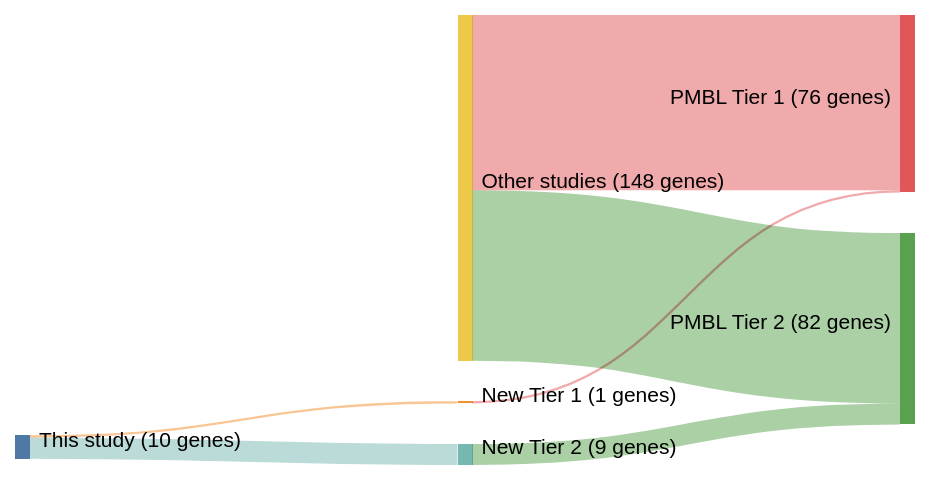
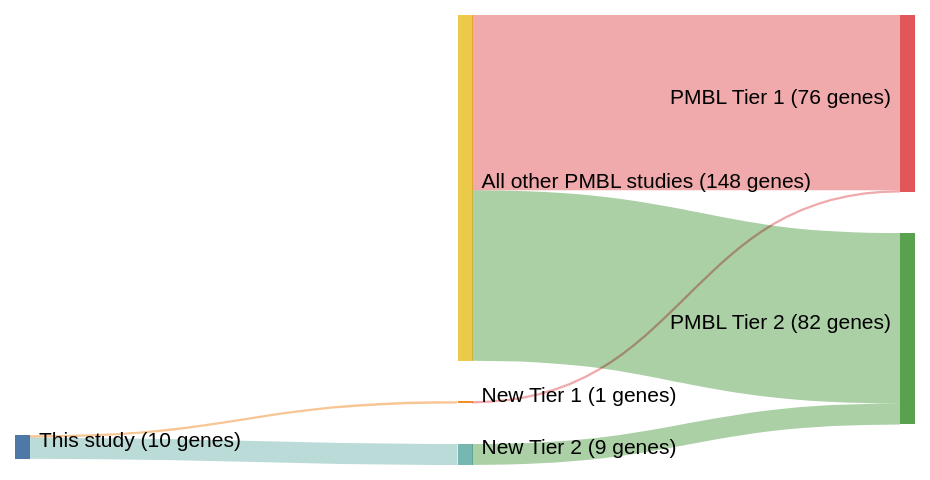
The diagram in papers/deschGenotypingCirculatingTumor2020.md (morinlab/lymphopedia), drawn with Mermaid (forest theme) before and after one commit. The commit also changed 82 other files, not shown here.

````diff
--- a/papers/deschGenotypingCirculatingTumor2020.md
+++ b/papers/deschGenotypingCirculatingTumor2020.md
@@ -12,20 +12,20 @@
 ```mermaid
 ---
 config:
     sankey:
         showValues: true
         linkColor: target
         width: 600
         height: 300
         nodeAlignment: right
         prefix: '('
         suffix: ' genes)'
 ---
 sankey-beta
 This study, New Tier 1, 1
 New Tier 1, PMBL Tier 1, 1
 This study, New Tier 2, 9
 New Tier 2, PMBL Tier 2, 9
-Other studies, PMBL Tier 1, 75
-Other studies, PMBL Tier 2, 73
+All other PMBL studies, PMBL Tier 1, 75
+All other PMBL studies, PMBL Tier 2, 73
 ```
````
